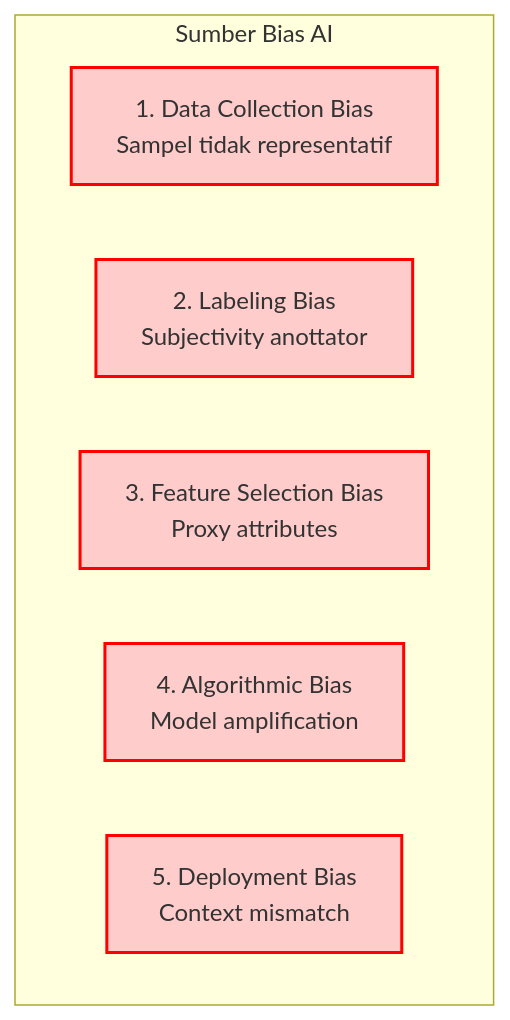
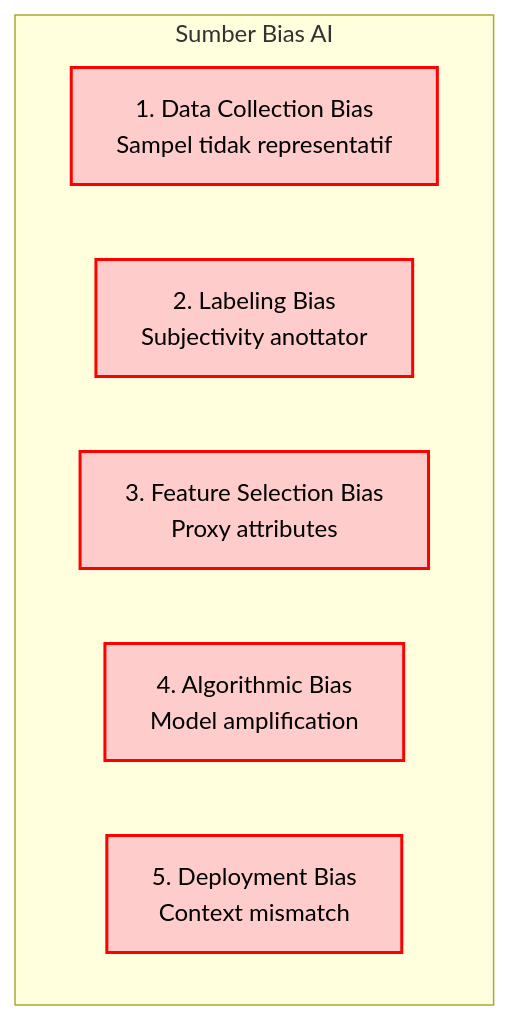
Before and after one commit to antonprafanto/dasarAI2026: the first of 5 diagrams in bab-10-etika.md, drawn with Mermaid. The commit also changed other lines of this file and 1 other file, not shown here.

Commit message:
Fix: Improve diagram contrast (black text) and remove nested code blocks

````diff
--- a/bab-10-etika.md
+++ b/bab-10-etika.md
@@ -37,12 +37,12 @@
 ```mermaid
 graph TD
     subgraph Sources_of_Bias [Sumber Bias AI]
         D1[1. Data Collection Bias<br>Sampel tidak representatif]
         D2[2. Labeling Bias<br>Subjectivity anottator]
         D3[3. Feature Selection Bias<br>Proxy attributes]
         D4[4. Algorithmic Bias<br>Model amplification]
         D5[5. Deployment Bias<br>Context mismatch]
     end
     class D1,D2,D3,D4,D5 bias
-    classDef bias fill:#fcc,stroke:#f00,stroke-width:2px;
+    classDef bias fill:#fcc,stroke:#f00,stroke-width:2px,color:#000;
 ```
````
